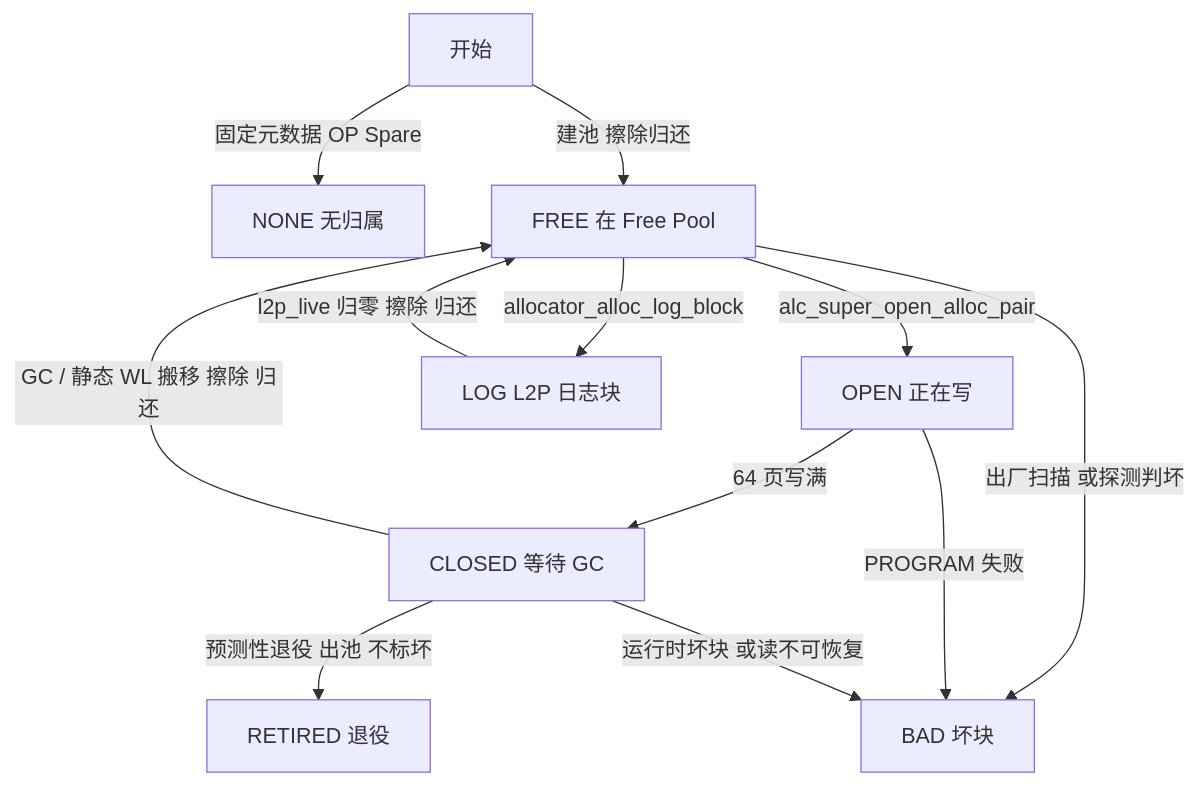
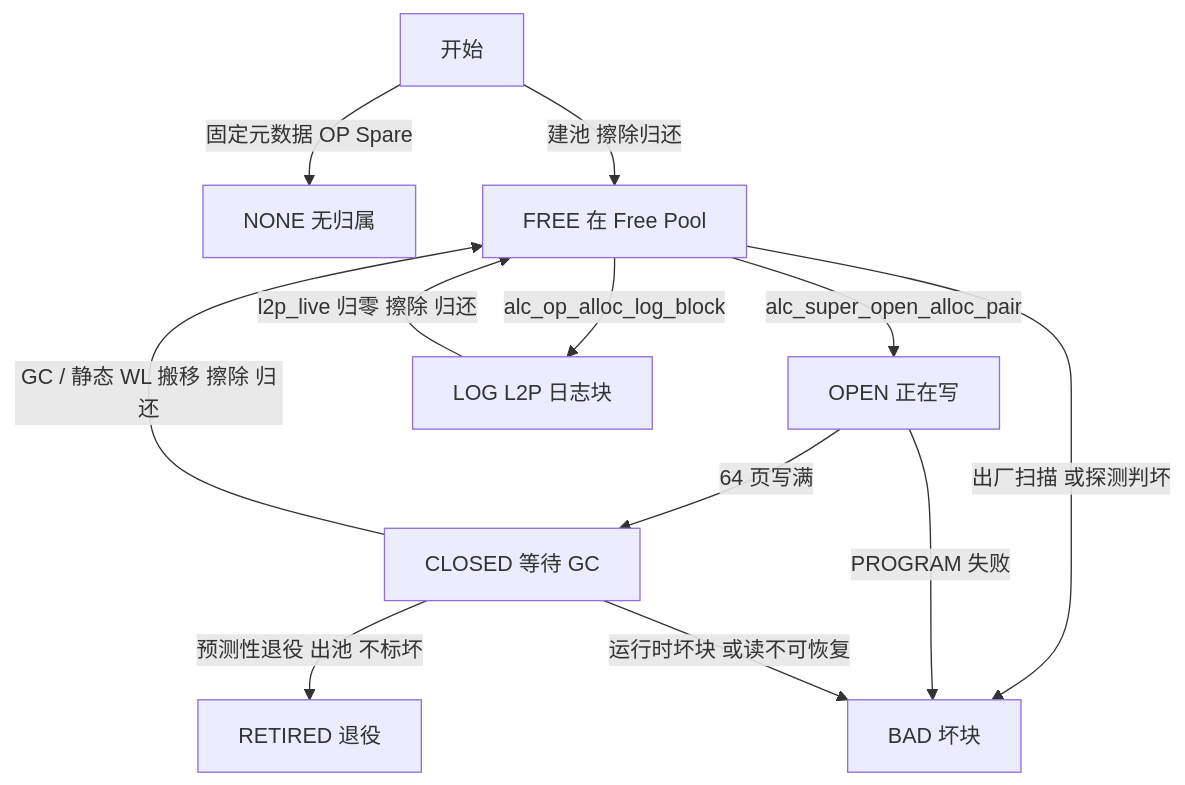
The seventh of 36 diagrams in docs/design/ftl_design.md (YzYMIAO/BASESSD), drawn with Mermaid before and after one commit. The commit also changed other lines of this file and 18 other files, not shown here.

````diff
--- a/docs/design/ftl_design.md
+++ b/docs/design/ftl_design.md
@@ -1396,22 +1397,22 @@
 ```mermaid
 flowchart TD
     START["开始"]
     NONE["NONE 无归属"]
     FREE["FREE 在 Free Pool"]
     OPEN["OPEN 正在写"]
     CLOSED["CLOSED 等待 GC"]
     LOG["LOG L2P 日志块"]
     RETIRED["RETIRED 退役"]
     BAD["BAD 坏块"]
     START -- "固定元数据 OP Spare" --> NONE
     START -- "建池 擦除归还" --> FREE
     FREE -- "alc_super_open_alloc_pair" --> OPEN
     OPEN -- "64 页写满" --> CLOSED
     CLOSED -- "GC / 静态 WL 搬移 擦除 归还" --> FREE
     CLOSED -- "预测性退役 出池 不标坏" --> RETIRED
-    FREE -- "allocator_alloc_log_block" --> LOG
+    FREE -- "alc_op_alloc_log_block" --> LOG
     LOG -- "l2p_live 归零 擦除 归还" --> FREE
     FREE -- "出厂扫描 或探测判坏" --> BAD
     OPEN -- "PROGRAM 失败" --> BAD
     CLOSED -- "运行时坏块 或读不可恢复" --> BAD
 ```
````
